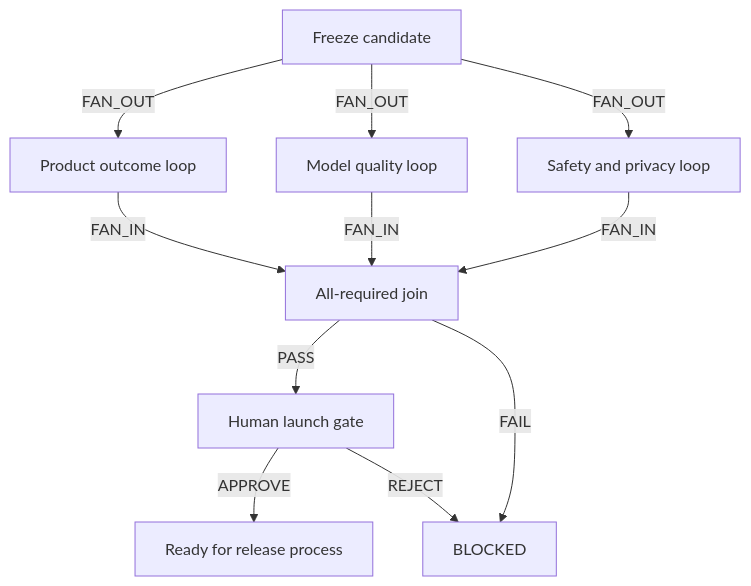
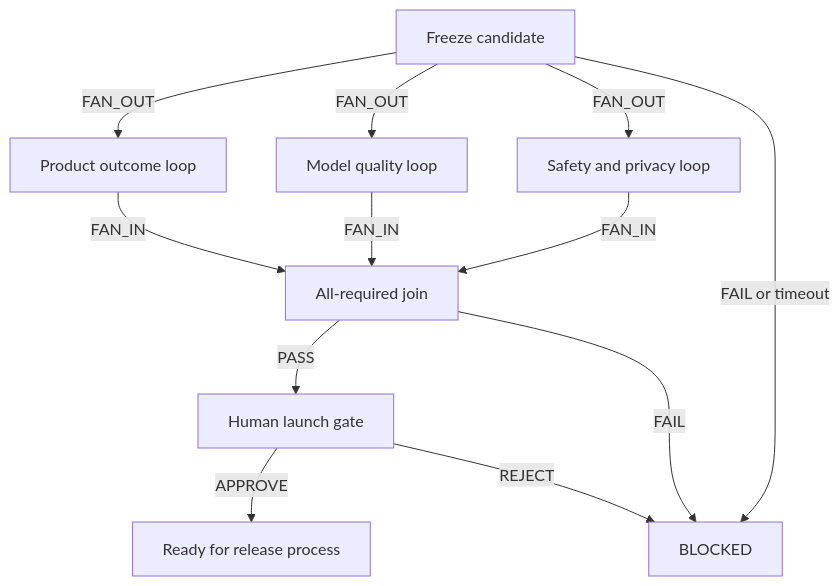
The diagram in agent-graph-designer/skills/agent-graph-designer/examples/sample-graph-package.md (Abhillashjadhav/AI-PM-essential-skills), drawn with Mermaid before and after one commit. The commit also changed other lines of this file and 5 other files, not shown here.

Commit message:
fix: close graph review findings

````diff
--- a/agent-graph-designer/skills/agent-graph-designer/examples/sample-graph-package.md
+++ b/agent-graph-designer/skills/agent-graph-designer/examples/sample-graph-package.md
@@ -19,13 +19,14 @@
 ```mermaid
 flowchart TD
     A["Freeze candidate"] -->|FAN_OUT| B["Product outcome loop"]
     A -->|FAN_OUT| C["Model quality loop"]
     A -->|FAN_OUT| D["Safety and privacy loop"]
+    A -->|FAIL or timeout| H["BLOCKED"]
     B -->|FAN_IN| E["All-required join"]
     C -->|FAN_IN| E
     D -->|FAN_IN| E
     E -->|PASS| F["Human launch gate"]
     E -->|FAIL| H["BLOCKED"]
     F -->|APPROVE| G["Ready for release process"]
     F -->|REJECT| H
 ```
````
